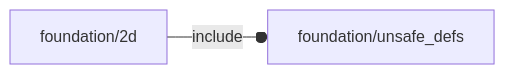
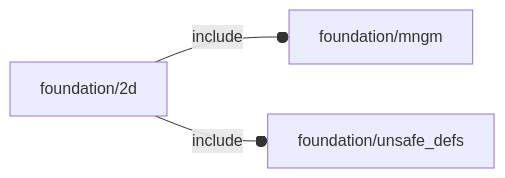
The diagram in orthodocs/foundation/2d.md (ggabbiani/OFL), drawn with Mermaid before and after one commit. The commit also changed other lines of this file and 39 other files, not shown here.

````diff
--- a/orthodocs/foundation/2d.md
+++ b/orthodocs/foundation/2d.md
@@ -5,4 +5,5 @@
 ```mermaid
 graph LR
-    A1[foundation/2d] --o|include| A2[foundation/unsafe_defs]
+    A1[foundation/2d] --o|include| A2[foundation/mngm]
+    A1 --o|include| A3[foundation/unsafe_defs]
 ```
````
